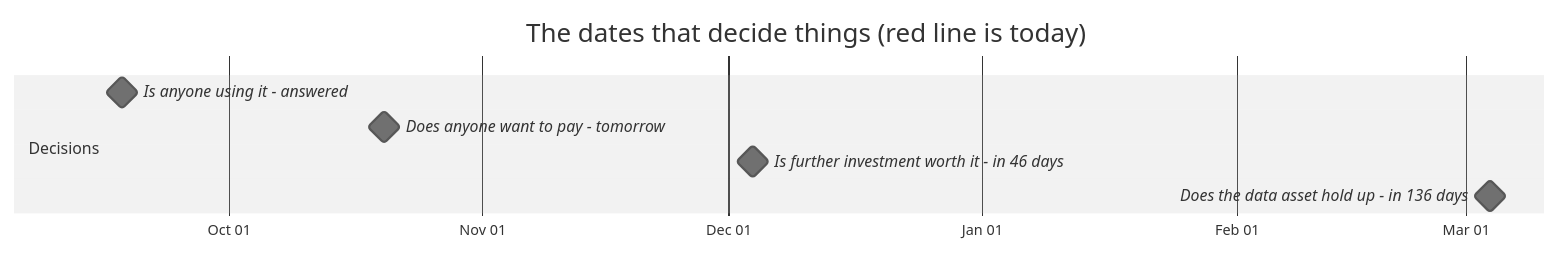
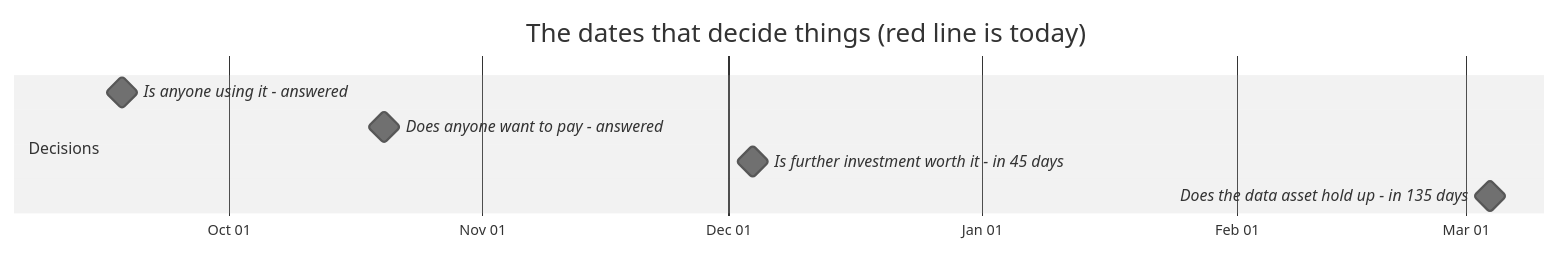
The first of 2 diagrams in docs/OWNER.md (jakegu1/vetagent), drawn with Mermaid (neutral theme) before and after one commit. The commit also changed other lines of this file, not shown here.

````diff
--- a/docs/OWNER.md
+++ b/docs/OWNER.md
@@ -76,12 +67,12 @@
 ```mermaid
 gantt
     dateFormat YYYY-MM-DD
     axisFormat %b %d
     todayMarker stroke-width:3px,stroke:#d33,stroke-dasharray:0
     title The dates that decide things (red line is today)
     section Decisions
     Is anyone using it - answered :milestone, 2026-09-18, 0d
-    Does anyone want to pay - tomorrow :milestone, 2026-10-20, 0d
-    Is further investment worth it - in 46 days :milestone, 2026-12-04, 0d
-    Does the data asset hold up - in 136 days :milestone, 2027-03-04, 0d
+    Does anyone want to pay - answered :milestone, 2026-10-20, 0d
+    Is further investment worth it - in 45 days :milestone, 2026-12-04, 0d
+    Does the data asset hold up - in 135 days :milestone, 2027-03-04, 0d
 ```
````
